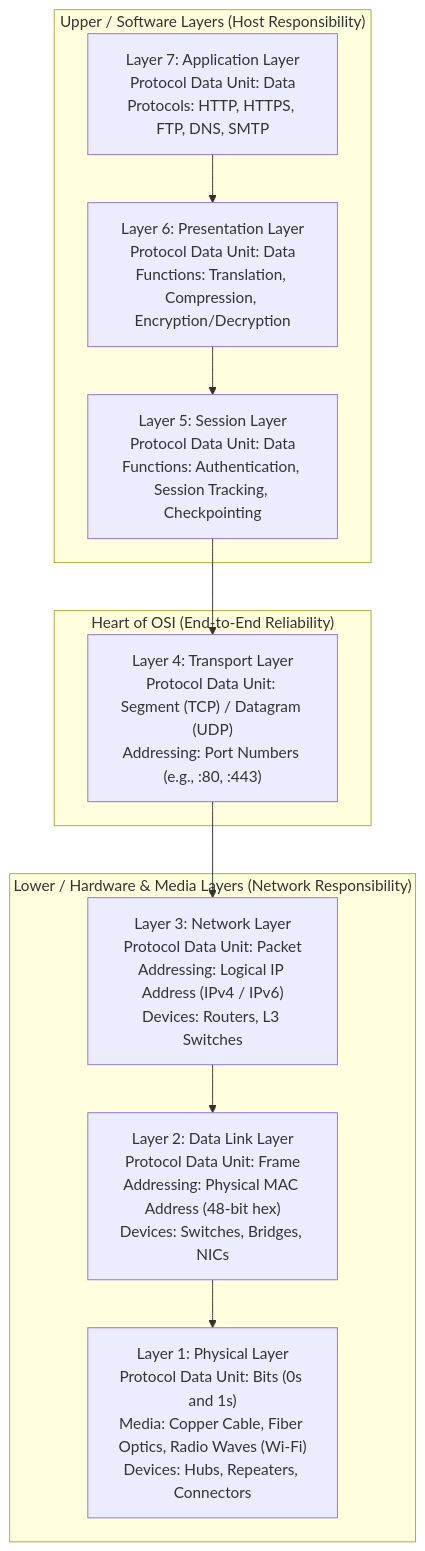
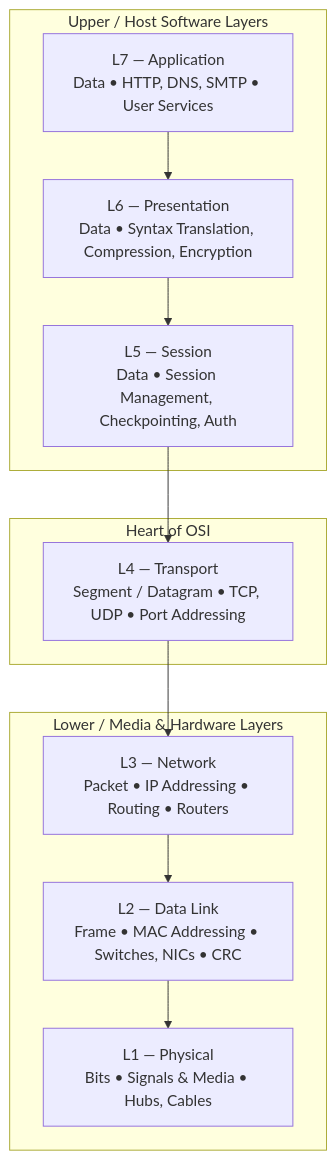
One commit to rohithgowda18/Notes changed the first of 5 diagrams in 03-Computer-Networks/OSI-Model-7-Layers.md. Above: the diagram before and after it, drawn with Mermaid. The commit also changed other lines of this file, not shown here.

Commit message:
refactor: compact vertical mermaid diagrams and point-based structured technical explanations for OSI model

````diff
--- a/03-Computer-Networks/OSI-Model-7-Layers.md
+++ b/03-Computer-Networks/OSI-Model-7-Layers.md
@@ -31,25 +36,20 @@
 ```mermaid
 flowchart TD
-    subgraph UpperLayers["Upper / Software Layers (Host Responsibility)"]
-        L7["Layer 7: Application Layer<br/>Protocol Data Unit: Data<br/>Protocols: HTTP, HTTPS, FTP, DNS, SMTP"]
-        L6["Layer 6: Presentation Layer<br/>Protocol Data Unit: Data<br/>Functions: Translation, Compression, Encryption/Decryption"]
-        L5["Layer 5: Session Layer<br/>Protocol Data Unit: Data<br/>Functions: Authentication, Session Tracking, Checkpointing"]
+    subgraph Host["Upper / Host Software Layers"]
+        L7["L7 — Application<br/>Data • HTTP, DNS, SMTP • User Services"]
+        L6["L6 — Presentation<br/>Data • Syntax Translation, Compression, Encryption"]
+        L5["L5 — Session<br/>Data • Session Management, Checkpointing, Auth"]
     end
 
-    subgraph HeartLayer["Heart of OSI (End-to-End Reliability)"]
-        L4["Layer 4: Transport Layer<br/>Protocol Data Unit: Segment (TCP) / Datagram (UDP)<br/>Addressing: Port Numbers (e.g., :80, :443)"]
+    subgraph TransportSec["Heart of OSI"]
+        L4["L4 — Transport<br/>Segment / Datagram • TCP, UDP • Port Addressing"]
     end
 
-    subgraph LowerLayers["Lower / Hardware & Media Layers (Network Responsibility)"]
-        L3["Layer 3: Network Layer<br/>Protocol Data Unit: Packet<br/>Addressing: Logical IP Address (IPv4 / IPv6)<br/>Devices: Routers, L3 Switches"]
-        L2["Layer 2: Data Link Layer<br/>Protocol Data Unit: Frame<br/>Addressing: Physical MAC Address (48-bit hex)<br/>Devices: Switches, Bridges, NICs"]
-        L1["Layer 1: Physical Layer<br/>Protocol Data Unit: Bits (0s and 1s)<br/>Media: Copper Cable, Fiber Optics, Radio Waves (Wi-Fi)<br/>Devices: Hubs, Repeaters, Connectors"]
+    subgraph Media["Lower / Media & Hardware Layers"]
+        L3["L3 — Network<br/>Packet • IP Addressing • Routing • Routers"]
+        L2["L2 — Data Link<br/>Frame • MAC Addressing • Switches, NICs • CRC"]
+        L1["L1 — Physical<br/>Bits • Signals & Media • Hubs, Cables"]
     end
 
-    L7 --> L6
-    L6 --> L5
-    L5 --> L4
-    L4 --> L3
-    L3 --> L2
-    L2 --> L1
+    L7 --> L6 --> L5 --> L4 --> L3 --> L2 --> L1
 ```
````
